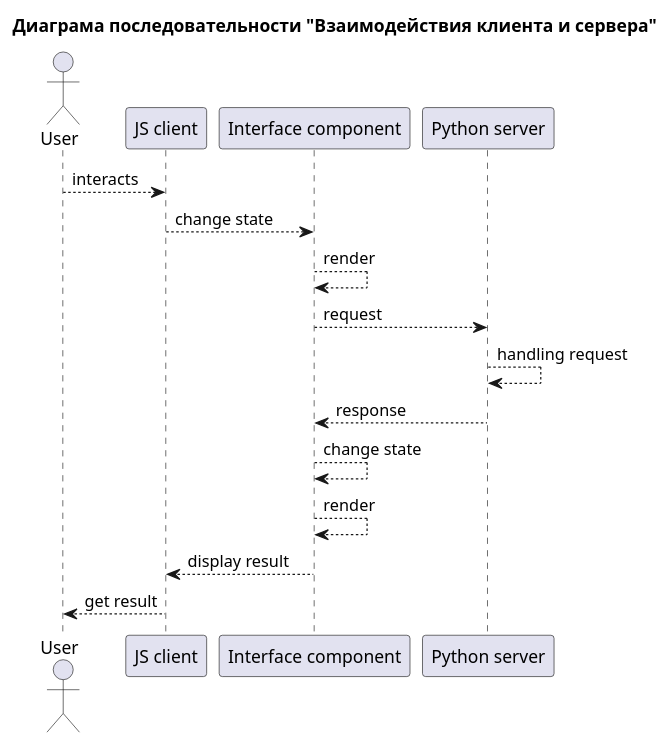
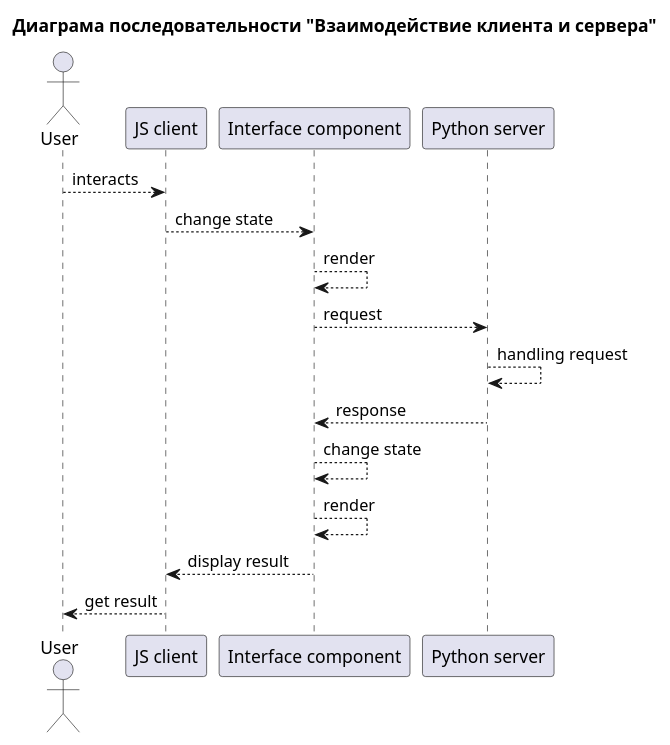
The diagram in diagrams/source/sequence/client_server.puml (kiselevvn/rsue_uml), drawn with PlantUML before and after one commit. The commit also changed 19 other files, not shown here.

```diff
--- a/diagrams/source/sequence/client_server.puml
+++ b/diagrams/source/sequence/client_server.puml
@@ -1,22 +1,22 @@
 @startuml
 
-title "Диаграма последовательности "Взаимодействия клиента и сервера""
+title "Диаграма последовательности "Взаимодействие клиента и сервера""
 
 
 actor User as "User"
 participant JSClient as "JS client"
 participant InterfaceComponent as "Interface component"
 participant DjangoServer as "Python server"
 
 User --> JSClient : interacts
 JSClient --> InterfaceComponent : change state
 InterfaceComponent --> InterfaceComponent : render
 InterfaceComponent --> DjangoServer : request
 DjangoServer --> DjangoServer : handling request
 DjangoServer --> InterfaceComponent : response
 InterfaceComponent --> InterfaceComponent : change state
 InterfaceComponent --> InterfaceComponent : render
 InterfaceComponent --> JSClient : display result
 JSClient --> User : get result
 
 @enduml
```
